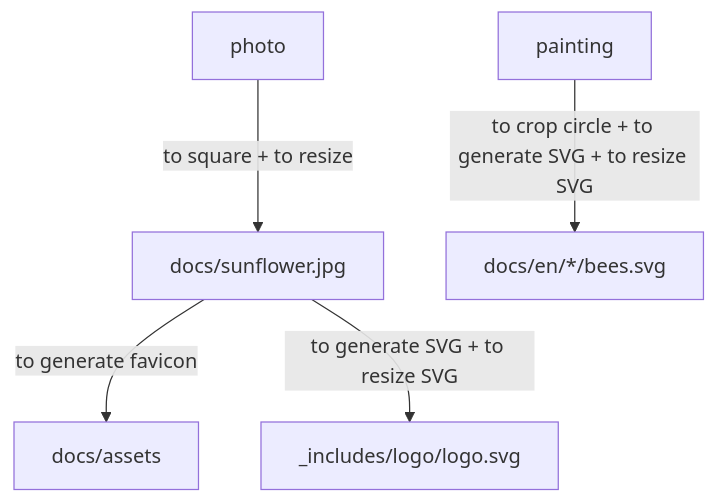
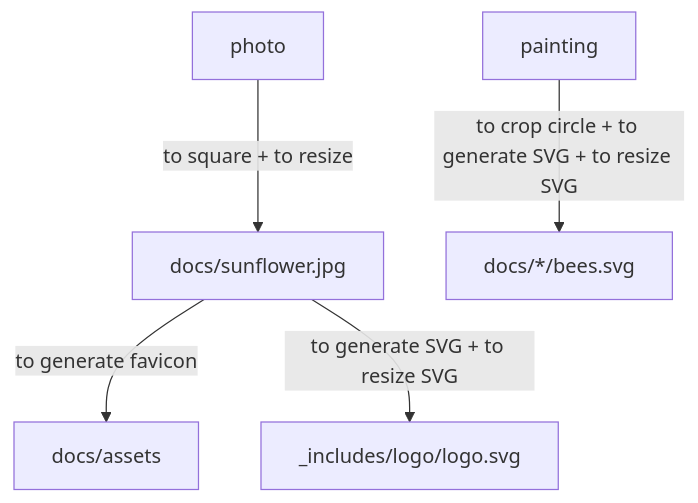
One commit to jinghuazhao/jinghuazhao.githubio.io changed the diagram in docs/_posts/2021-02-16-hello-world.md. Above: the diagram before and after it, drawn with Mermaid. The commit also changed other lines of this file and 2 other files, not shown here.

````diff
--- a/docs/_posts/2021-02-16-hello-world.md
+++ b/docs/_posts/2021-02-16-hello-world.md
@@ -19,6 +19,6 @@
 ```mermaid
 graph TB;
 photo --> |to square + to resize| docs/sunflower.jpg --> |to generate favicon| docs/assets
 docs/sunflower.jpg --> |to generate SVG + to resize SVG| _includes/logo/logo.svg
-painting --> |to crop circle + to generate SVG + to resize SVG| docs/en/*/bees.svg
+painting --> |to crop circle + to generate SVG + to resize SVG| docs/*/bees.svg
 ```
````
